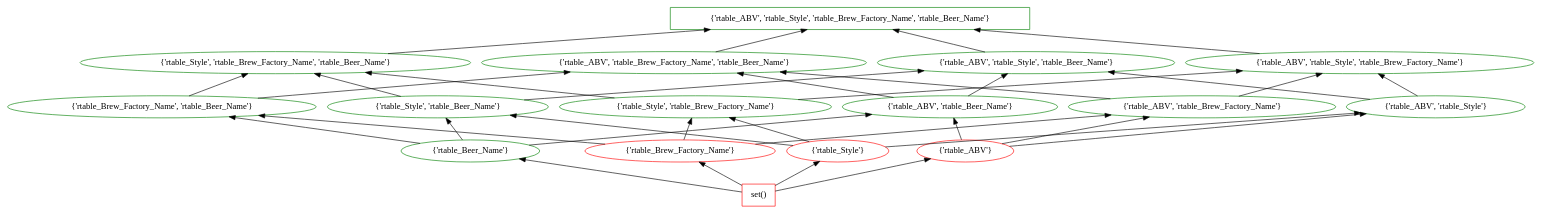
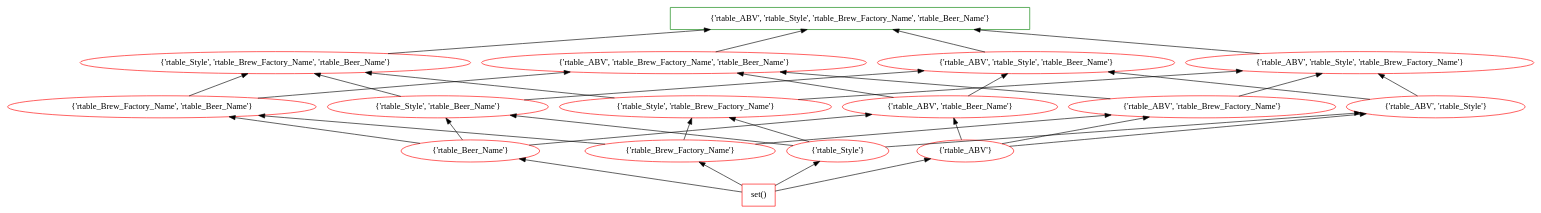
The diagram in data/beers/deeper/1/lattice_7.dot (tteofili/certem), drawn with Graphviz before and after one commit. The commit also changed 561 other files, not shown here.

```diff
--- a/data/beers/deeper/1/lattice_7.dot
+++ b/data/beers/deeper/1/lattice_7.dot
@@ -1,54 +1,54 @@
 digraph G {
 splines="line"
 rankdir=BT
 "{'rtable_ABV', 'rtable_Style', 'rtable_Brew_Factory_Name', 'rtable_Beer_Name'}" [shape=box];
 "set()" [shape=box];
 "set()" [color=red];
 "set()" -> "{'rtable_Beer_Name'}";
 "set()" -> "{'rtable_Brew_Factory_Name'}";
 "set()" -> "{'rtable_Style'}";
 "set()" -> "{'rtable_ABV'}";
-"{'rtable_Beer_Name'}" [color=green];
+"{'rtable_Beer_Name'}" [color=red];
 "{'rtable_Beer_Name'}" -> "{'rtable_Brew_Factory_Name', 'rtable_Beer_Name'}";
 "{'rtable_Beer_Name'}" -> "{'rtable_Style', 'rtable_Beer_Name'}";
 "{'rtable_Beer_Name'}" -> "{'rtable_ABV', 'rtable_Beer_Name'}";
 "{'rtable_Brew_Factory_Name'}" [color=red];
 "{'rtable_Brew_Factory_Name'}" -> "{'rtable_Brew_Factory_Name', 'rtable_Beer_Name'}";
 "{'rtable_Brew_Factory_Name'}" -> "{'rtable_Style', 'rtable_Brew_Factory_Name'}";
 "{'rtable_Brew_Factory_Name'}" -> "{'rtable_ABV', 'rtable_Brew_Factory_Name'}";
 "{'rtable_Style'}" [color=red];
 "{'rtable_Style'}" -> "{'rtable_Style', 'rtable_Beer_Name'}";
 "{'rtable_Style'}" -> "{'rtable_Style', 'rtable_Brew_Factory_Name'}";
 "{'rtable_Style'}" -> "{'rtable_ABV', 'rtable_Style'}";
 "{'rtable_ABV'}" [color=red];
 "{'rtable_ABV'}" -> "{'rtable_ABV', 'rtable_Beer_Name'}";
 "{'rtable_ABV'}" -> "{'rtable_ABV', 'rtable_Brew_Factory_Name'}";
 "{'rtable_ABV'}" -> "{'rtable_ABV', 'rtable_Style'}";
-"{'rtable_Brew_Factory_Name', 'rtable_Beer_Name'}" [color=green];
+"{'rtable_Brew_Factory_Name', 'rtable_Beer_Name'}" [color=red];
 "{'rtable_Brew_Factory_Name', 'rtable_Beer_Name'}" -> "{'rtable_Style', 'rtable_Brew_Factory_Name', 'rtable_Beer_Name'}";
 "{'rtable_Brew_Factory_Name', 'rtable_Beer_Name'}" -> "{'rtable_ABV', 'rtable_Brew_Factory_Name', 'rtable_Beer_Name'}";
-"{'rtable_Style', 'rtable_Beer_Name'}" [color=green];
+"{'rtable_Style', 'rtable_Beer_Name'}" [color=red];
 "{'rtable_Style', 'rtable_Beer_Name'}" -> "{'rtable_Style', 'rtable_Brew_Factory_Name', 'rtable_Beer_Name'}";
 "{'rtable_Style', 'rtable_Beer_Name'}" -> "{'rtable_ABV', 'rtable_Style', 'rtable_Beer_Name'}";
-"{'rtable_ABV', 'rtable_Beer_Name'}" [color=green];
+"{'rtable_ABV', 'rtable_Beer_Name'}" [color=red];
 "{'rtable_ABV', 'rtable_Beer_Name'}" -> "{'rtable_ABV', 'rtable_Brew_Factory_Name', 'rtable_Beer_Name'}";
 "{'rtable_ABV', 'rtable_Beer_Name'}" -> "{'rtable_ABV', 'rtable_Style', 'rtable_Beer_Name'}";
-"{'rtable_Style', 'rtable_Brew_Factory_Name'}" [color=green];
+"{'rtable_Style', 'rtable_Brew_Factory_Name'}" [color=red];
 "{'rtable_Style', 'rtable_Brew_Factory_Name'}" -> "{'rtable_Style', 'rtable_Brew_Factory_Name', 'rtable_Beer_Name'}";
 "{'rtable_Style', 'rtable_Brew_Factory_Name'}" -> "{'rtable_ABV', 'rtable_Style', 'rtable_Brew_Factory_Name'}";
-"{'rtable_ABV', 'rtable_Brew_Factory_Name'}" [color=green];
+"{'rtable_ABV', 'rtable_Brew_Factory_Name'}" [color=red];
 "{'rtable_ABV', 'rtable_Brew_Factory_Name'}" -> "{'rtable_ABV', 'rtable_Brew_Factory_Name', 'rtable_Beer_Name'}";
 "{'rtable_ABV', 'rtable_Brew_Factory_Name'}" -> "{'rtable_ABV', 'rtable_Style', 'rtable_Brew_Factory_Name'}";
-"{'rtable_ABV', 'rtable_Style'}" [color=green];
+"{'rtable_ABV', 'rtable_Style'}" [color=red];
 "{'rtable_ABV', 'rtable_Style'}" -> "{'rtable_ABV', 'rtable_Style', 'rtable_Beer_Name'}";
 "{'rtable_ABV', 'rtable_Style'}" -> "{'rtable_ABV', 'rtable_Style', 'rtable_Brew_Factory_Name'}";
-"{'rtable_Style', 'rtable_Brew_Factory_Name', 'rtable_Beer_Name'}" [color=green];
+"{'rtable_Style', 'rtable_Brew_Factory_Name', 'rtable_Beer_Name'}" [color=red];
 "{'rtable_Style', 'rtable_Brew_Factory_Name', 'rtable_Beer_Name'}" -> "{'rtable_ABV', 'rtable_Style', 'rtable_Brew_Factory_Name', 'rtable_Beer_Name'}";
-"{'rtable_ABV', 'rtable_Brew_Factory_Name', 'rtable_Beer_Name'}" [color=green];
+"{'rtable_ABV', 'rtable_Brew_Factory_Name', 'rtable_Beer_Name'}" [color=red];
 "{'rtable_ABV', 'rtable_Brew_Factory_Name', 'rtable_Beer_Name'}" -> "{'rtable_ABV', 'rtable_Style', 'rtable_Brew_Factory_Name', 'rtable_Beer_Name'}";
-"{'rtable_ABV', 'rtable_Style', 'rtable_Beer_Name'}" [color=green];
+"{'rtable_ABV', 'rtable_Style', 'rtable_Beer_Name'}" [color=red];
 "{'rtable_ABV', 'rtable_Style', 'rtable_Beer_Name'}" -> "{'rtable_ABV', 'rtable_Style', 'rtable_Brew_Factory_Name', 'rtable_Beer_Name'}";
-"{'rtable_ABV', 'rtable_Style', 'rtable_Brew_Factory_Name'}" [color=green];
+"{'rtable_ABV', 'rtable_Style', 'rtable_Brew_Factory_Name'}" [color=red];
 "{'rtable_ABV', 'rtable_Style', 'rtable_Brew_Factory_Name'}" -> "{'rtable_ABV', 'rtable_Style', 'rtable_Brew_Factory_Name', 'rtable_Beer_Name'}";
 "{'rtable_ABV', 'rtable_Style', 'rtable_Brew_Factory_Name', 'rtable_Beer_Name'}" [color=green];
 }
```
